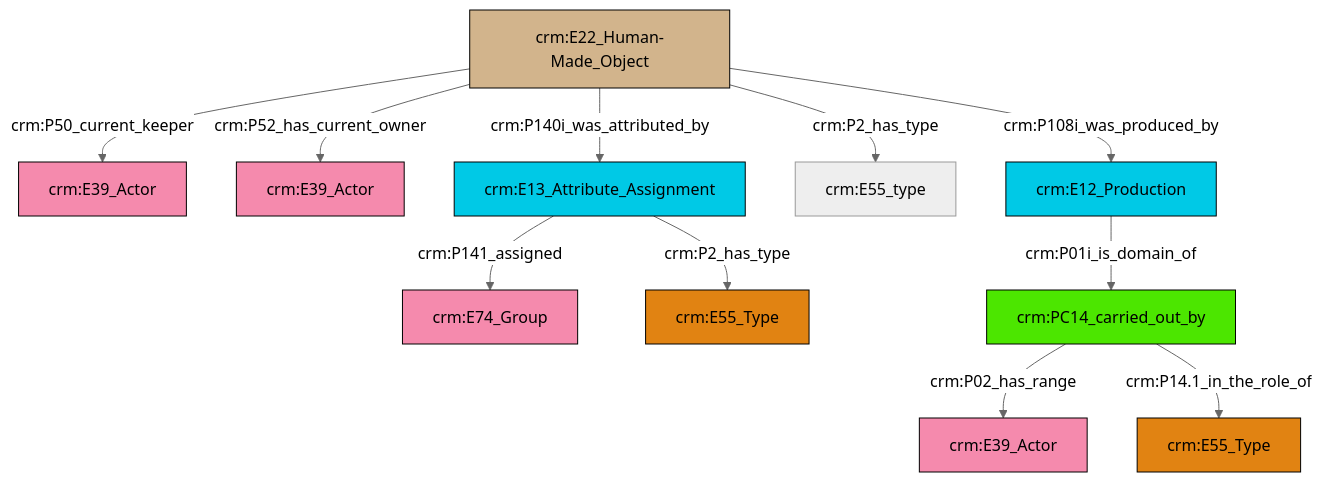
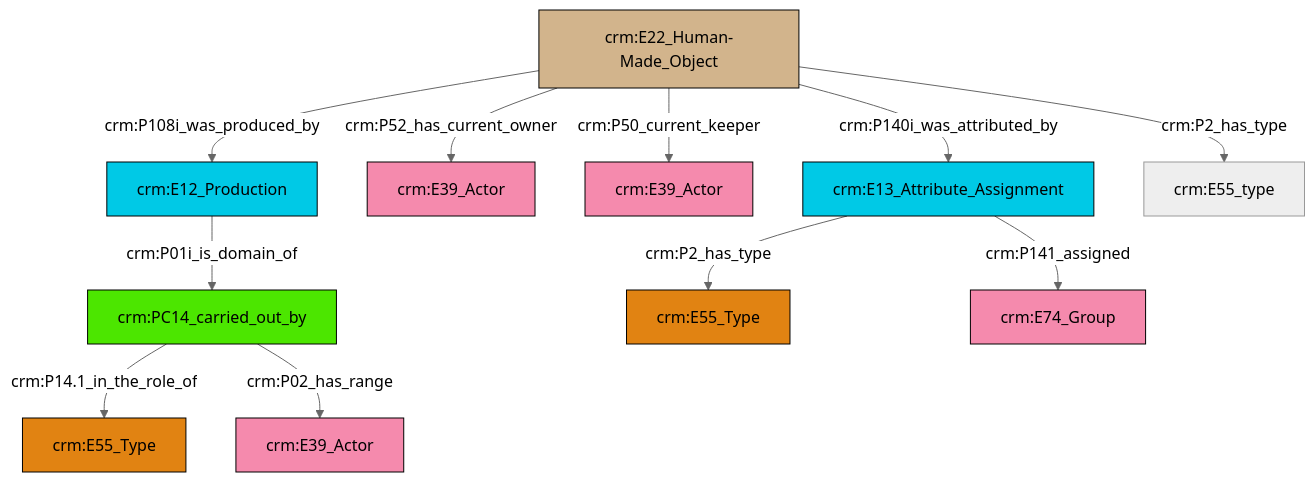
The diagram in et/artworkCSV/ttl/mmd/Artwork_Actor_Relations.ttl.mmd (swiss-art-research-net/reference-data-models), drawn with Mermaid (neutral theme) before and after one commit. The commit also changed 146 other files, not shown here.

```diff
--- a/et/artworkCSV/ttl/mmd/Artwork_Actor_Relations.ttl.mmd
+++ b/et/artworkCSV/ttl/mmd/Artwork_Actor_Relations.ttl.mmd
@@ -1,25 +1,25 @@
 graph TD
 classDef Literal fill:#f2f2f2,stroke:#000000;
 classDef CRM_Entity fill:#FFFFFF,stroke:#000000;
 classDef Temporal_Entity fill:#00C9E6, stroke:#000000;
 classDef Type fill:#E18312, stroke:#000000;
 classDef Time-Span fill:#2C9C91, stroke:#000000;
 classDef Appellation fill:#FFEB7F, stroke:#000000;
 classDef Place fill:#008836, stroke:#000000;
 classDef Persistent_Item fill:#B266B2, stroke:#000000;
 classDef Conceptual_Object fill:#FFD700, stroke:#000000;
 classDef Physical_Thing fill:#D2B48C, stroke:#000000;
 classDef Actor fill:#f58aad, stroke:#000000;
 classDef PC_Classes fill:#4ce600, stroke:#000000;
 classDef Multi fill:#cccccc,stroke:#000000;
 
-2["crm:E22_Human-Made_Object"]:::Physical_Thing -->|crm:P52_has_current_owner| 3["crm:E39_Actor"]:::Actor
-4["crm:E13_Attribute_Assignment"]:::Temporal_Entity -->|crm:P141_assigned| 7["crm:E74_Group"]:::Actor
-2["crm:E22_Human-Made_Object"]:::Physical_Thing -->|crm:P2_has_type| 8["crm:E55_type"]:::Default
-4["crm:E13_Attribute_Assignment"]:::Temporal_Entity -->|crm:P2_has_type| 9["crm:E55_Type"]:::Type
-10["crm:PC14_carried_out_by"]:::PC_Classes -->|crm:P02_has_range| 11["crm:E39_Actor"]:::Actor
-2["crm:E22_Human-Made_Object"]:::Physical_Thing -->|crm:P140i_was_attributed_by| 4["crm:E13_Attribute_Assignment"]:::Temporal_Entity
-10["crm:PC14_carried_out_by"]:::PC_Classes -->|crm:P14.1_in_the_role_of| 14["crm:E55_Type"]:::Type
-2["crm:E22_Human-Made_Object"]:::Physical_Thing -->|crm:P50_current_keeper| 0["crm:E39_Actor"]:::Actor
-2["crm:E22_Human-Made_Object"]:::Physical_Thing -->|crm:P108i_was_produced_by| 16["crm:E12_Production"]:::Temporal_Entity
-16["crm:E12_Production"]:::Temporal_Entity -->|crm:P01i_is_domain_of| 10["crm:PC14_carried_out_by"]:::PC_Classes
+6["crm:E22_Human-Made_Object"]:::Physical_Thing -->|crm:P140i_was_attributed_by| 2["crm:E13_Attribute_Assignment"]:::Temporal_Entity
+6["crm:E22_Human-Made_Object"]:::Physical_Thing -->|crm:P50_current_keeper| 7["crm:E39_Actor"]:::Actor
+6["crm:E22_Human-Made_Object"]:::Physical_Thing -->|crm:P108i_was_produced_by| 8["crm:E12_Production"]:::Temporal_Entity
+8["crm:E12_Production"]:::Temporal_Entity -->|crm:P01i_is_domain_of| 9["crm:PC14_carried_out_by"]:::PC_Classes
+2["crm:E13_Attribute_Assignment"]:::Temporal_Entity -->|crm:P2_has_type| 13["crm:E55_Type"]:::Type
+6["crm:E22_Human-Made_Object"]:::Physical_Thing -->|crm:P2_has_type| 14["crm:E55_type"]:::Default
+2["crm:E13_Attribute_Assignment"]:::Temporal_Entity -->|crm:P141_assigned| 18["crm:E74_Group"]:::Actor
+9["crm:PC14_carried_out_by"]:::PC_Classes -->|crm:P14.1_in_the_role_of| 11["crm:E55_Type"]:::Type
+9["crm:PC14_carried_out_by"]:::PC_Classes -->|crm:P02_has_range| 0["crm:E39_Actor"]:::Actor
+6["crm:E22_Human-Made_Object"]:::Physical_Thing -->|crm:P52_has_current_owner| 4["crm:E39_Actor"]:::Actor
```
